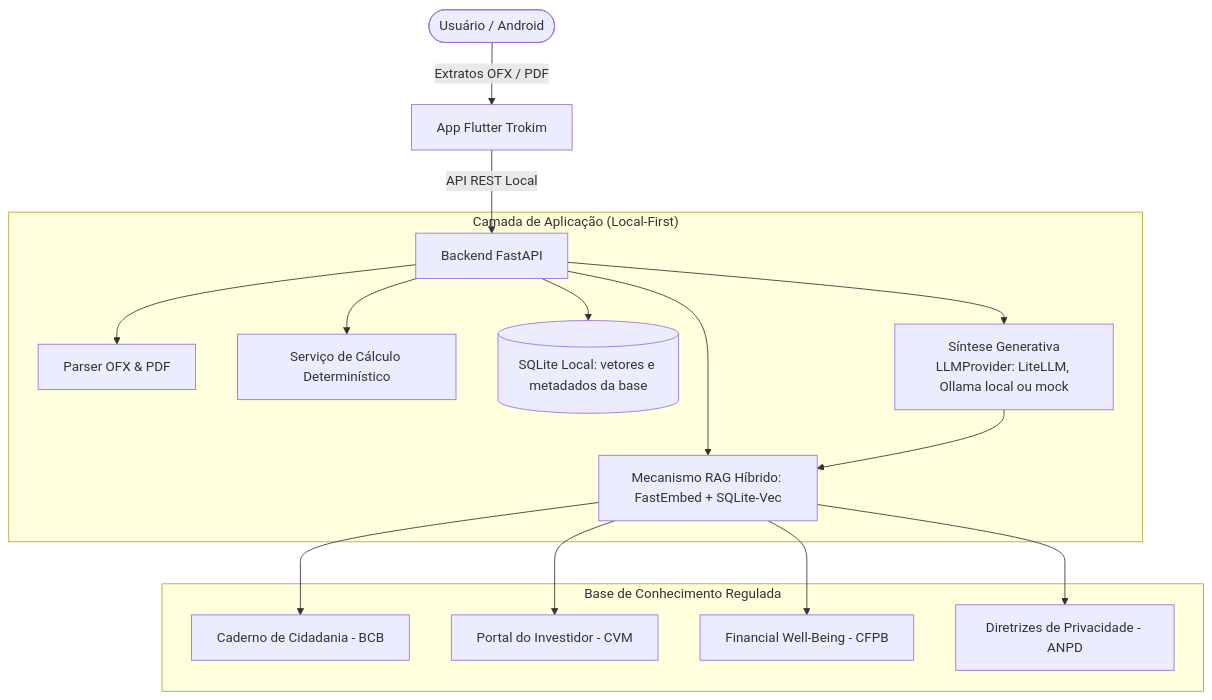
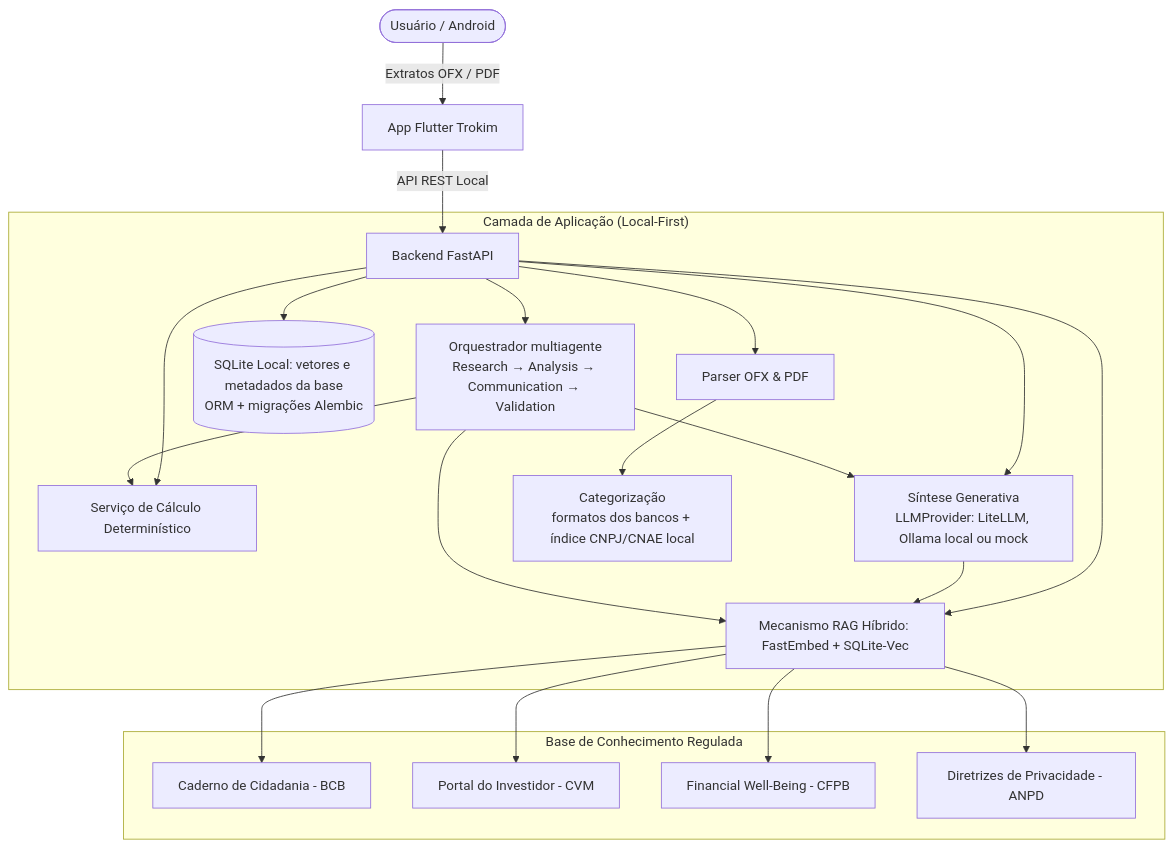
The diagram in docs/index.md (moonshinerd/trokim), drawn with Mermaid before and after one commit. The commit also changed other lines of this file and 44 other files, not shown here.

````diff
--- a/docs/index.md
+++ b/docs/index.md
@@ -94,21 +108,26 @@
 ```mermaid
 graph TD
     User([Usuário / Android]) -->|Extratos OFX / PDF| Mobile[App Flutter Trokim]
     Mobile -->|API REST Local| API[Backend FastAPI]
     
     subgraph "Camada de Aplicação (Local-First)"
         API --> Parser[Parser OFX & PDF]
         API --> Calc[Serviço de Cálculo Determinístico]
         API --> RAG[Mecanismo RAG Híbrido: FastEmbed + SQLite-Vec]
-        API --> DB[(SQLite Local: vetores e metadados da base)]
+        API --> DB[(SQLite Local: vetores e metadados da base<br/>ORM + migrações Alembic)]
         API --> Gen[Síntese Generativa<br/>LLMProvider: LiteLLM, Ollama local ou mock]
         Gen --> RAG
+        API --> Orq[Orquestrador multiagente<br/>Research → Analysis → Communication → Validation]
+        Orq --> RAG
+        Orq --> Calc
+        Orq --> Gen
+        Parser --> Cat[Categorização<br/>formatos dos bancos + índice CNPJ/CNAE local]
     end
 
     subgraph "Base de Conhecimento Regulada"
         RAG --> BCB[Caderno de Cidadania - BCB]
         RAG --> CVM[Portal do Investidor - CVM]
         RAG --> CFPB[Financial Well-Being - CFPB]
         RAG --> ANPD[Diretrizes de Privacidade - ANPD]
     end
 ```
````
